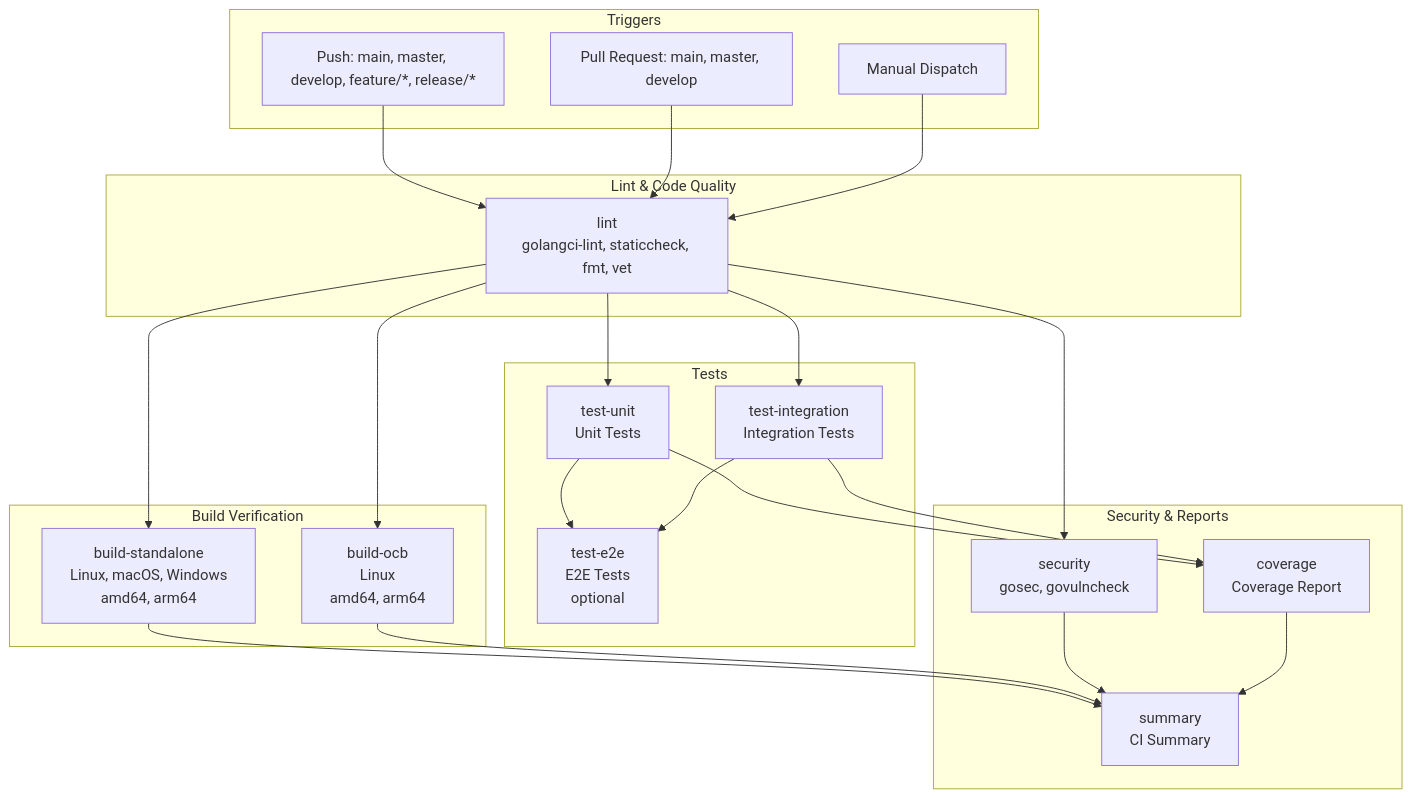
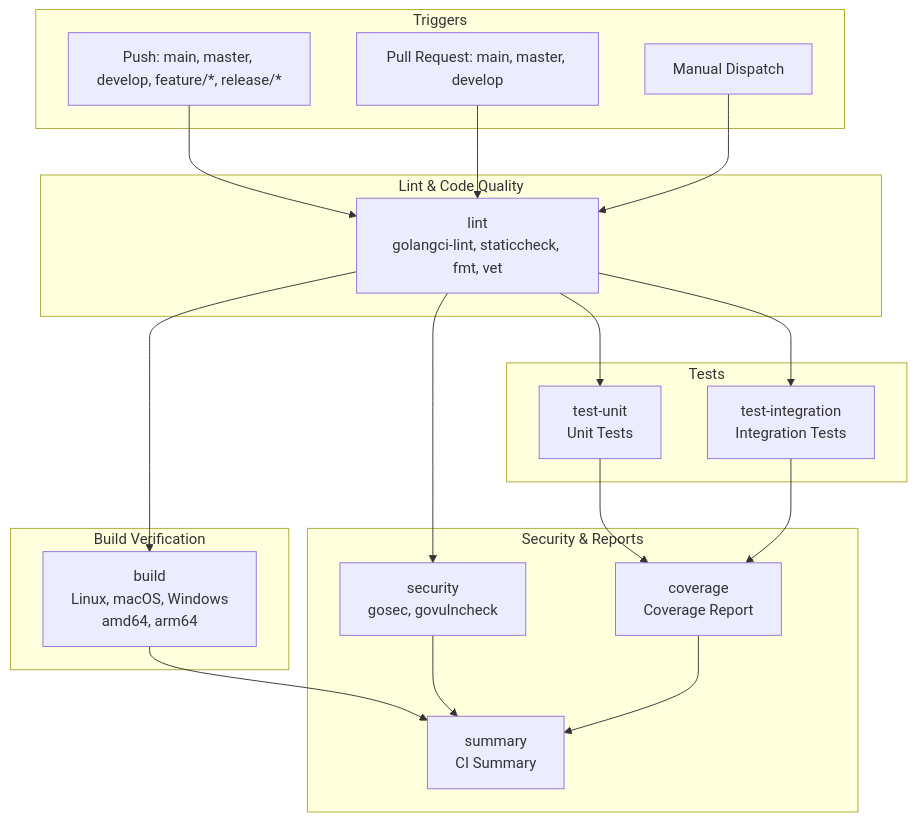
One commit to telemetryflow/telemetryflow-collector changed the second of 13 diagrams in docs/GITHUB-WORKFLOWS.md. Above: the diagram before and after it, drawn with Mermaid. The commit also changed other lines of this file and 126 other files, not shown here.

````diff
--- a/docs/GITHUB-WORKFLOWS.md
+++ b/docs/GITHUB-WORKFLOWS.md
@@ -208,49 +63,43 @@
 ```mermaid
 flowchart TD
     subgraph "Triggers"
         T1[Push: main, master, develop, feature/*, release/*]
         T2[Pull Request: main, master, develop]
         T3[Manual Dispatch]
     end
 
     subgraph "Lint & Code Quality"
         L[lint<br/>golangci-lint, staticcheck, fmt, vet]
     end
 
     subgraph "Tests"
         TU[test-unit<br/>Unit Tests]
         TI[test-integration<br/>Integration Tests]
-        TE[test-e2e<br/>E2E Tests<br/>optional]
     end
 
     subgraph "Build Verification"
-        BS[build-standalone<br/>Linux, macOS, Windows<br/>amd64, arm64]
-        BO[build-ocb<br/>Linux<br/>amd64, arm64]
+        B[build<br/>Linux, macOS, Windows<br/>amd64, arm64]
     end
 
     subgraph "Security & Reports"
         SEC[security<br/>gosec, govulncheck]
         COV[coverage<br/>Coverage Report]
         SUM[summary<br/>CI Summary]
     end
 
     T1 --> L
     T2 --> L
     T3 --> L
 
     L --> TU
     L --> TI
-    L --> BS
-    L --> BO
+    L --> B
     L --> SEC
 
-    TU --> TE
-    TI --> TE
     TU --> COV
     TI --> COV
 
-    BS --> SUM
-    BO --> SUM
+    B --> SUM
     SEC --> SUM
     COV --> SUM
 ```
````
